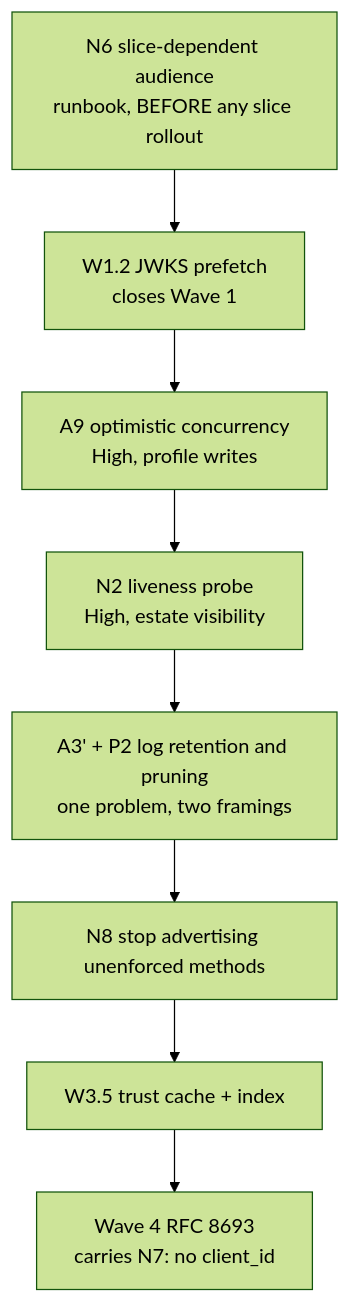
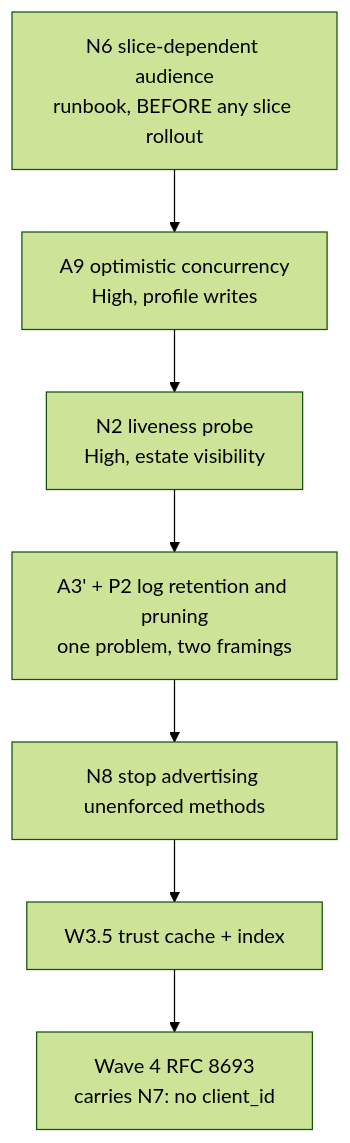
Before and after one commit to pranems/SCIMServer: the diagram in docs/auth/REMAINING_WORK_REGISTER.md, drawn with Mermaid (forest theme). The commit also changed other lines of this file and 36 other files, not shown here.

First line of the commit message:
perf(auth): W1.2 startup JWKS prewarm - Wave 1 is complete

````diff
--- a/docs/auth/REMAINING_WORK_REGISTER.md
+++ b/docs/auth/REMAINING_WORK_REGISTER.md
@@ -204,10 +203,9 @@
 ```mermaid
 flowchart TD
-    N6["N6 slice-dependent audience<br/>runbook, BEFORE any slice rollout"] --> W12["W1.2 JWKS prefetch<br/>closes Wave 1"]
-    W12 --> A9["A9 optimistic concurrency<br/>High, profile writes"]
+    N6["N6 slice-dependent audience<br/>runbook, BEFORE any slice rollout"] --> A9["A9 optimistic concurrency<br/>High, profile writes"]
     A9 --> N2["N2 liveness probe<br/>High, estate visibility"]
     N2 --> A3["A3' + P2 log retention and pruning<br/>one problem, two framings"]
     A3 --> N8["N8 stop advertising unenforced methods"]
     N8 --> W35["W3.5 trust cache + index"]
     W35 --> W41["Wave 4 RFC 8693<br/>carries N7: no client_id"]
 ```
````
